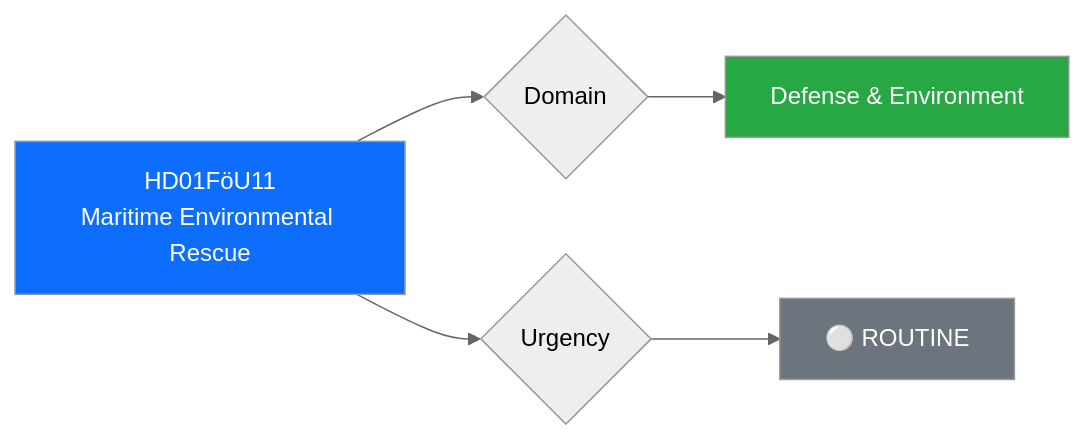
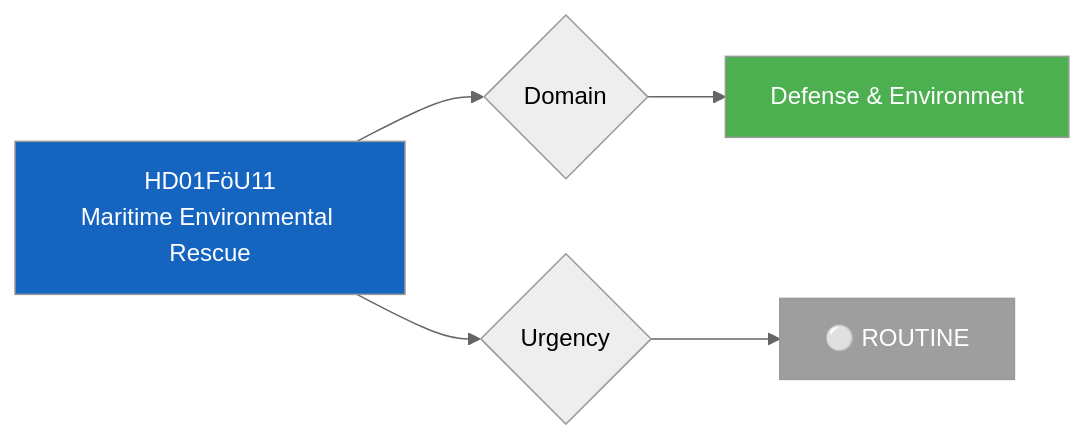
The diagram in analysis/daily/2026-04-01/documents/HD01FoU11-analysis.md (Hack23/riksdagsmonitor), drawn with Mermaid (neutral theme) before and after one commit. The commit also changed 785 other files, not shown here.

First line of the commit message:
Normalize mermaid colors across 786 analysis artifacts to ISMS Style Guide palette

````diff
--- a/analysis/daily/2026-04-01/documents/HD01FoU11-analysis.md
+++ b/analysis/daily/2026-04-01/documents/HD01FoU11-analysis.md
@@ -26,11 +26,11 @@
 ```mermaid
 graph LR
     A["HD01FöU11<br/>Maritime Environmental Rescue"] --> B{Domain}
     B --> C["Defense & Environment"]
     A --> D{Urgency}
     D --> E["⚪ ROUTINE"]
     
-    style A fill:#0d6efd,color:#fff
-    style C fill:#28a745,color:#fff
-    style E fill:#6c757d,color:#fff
+    style A fill:#1565C0,color:#FFFFFF
+    style C fill:#4CAF50,color:#FFFFFF
+    style E fill:#9E9E9E,color:#FFFFFF
 ```
````
